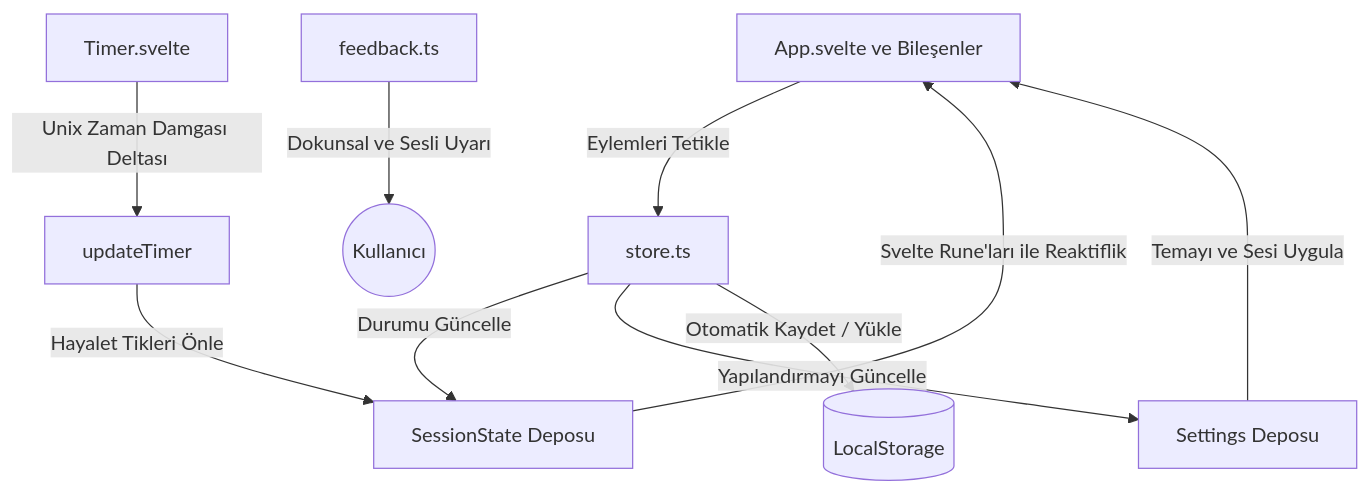
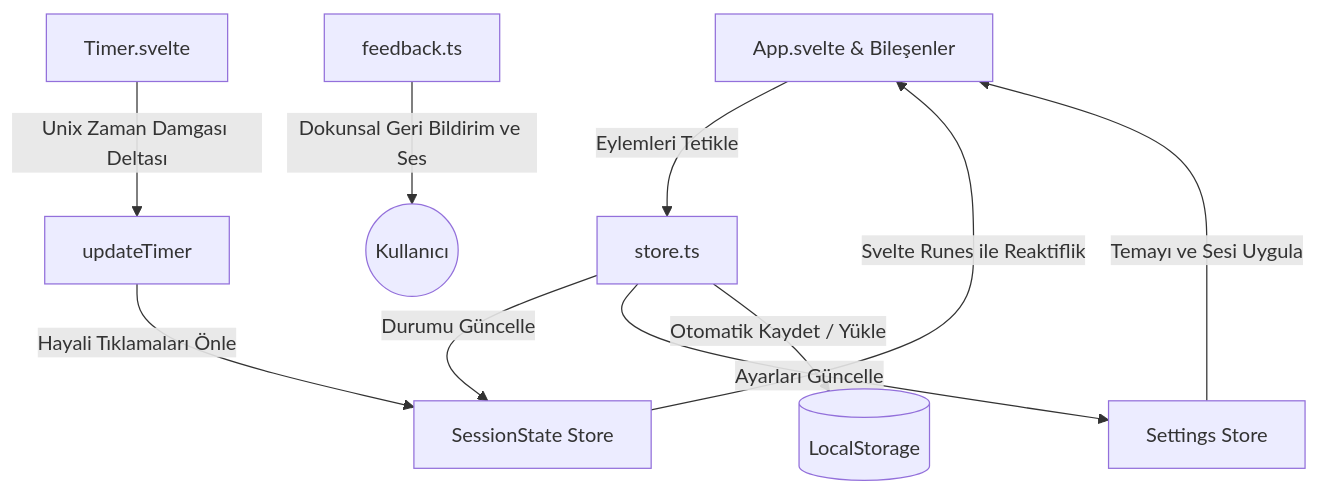
Before and after one commit to Murqin/rep-counter: the diagram in README.tr.md, drawn with Mermaid. The commit also changed other lines of this file and 1 other file, not shown here.

````diff
--- a/README.tr.md
+++ b/README.tr.md
@@ -55,16 +55,16 @@
 ```mermaid
 graph TD
-    UI[App.svelte ve Bileşenler] -->|Eylemleri Tetikle| Store[store.ts]
-    Store -->|Durumu Güncelle| Session[SessionState Deposu]
-    Store -->|Yapılandırmayı Güncelle| Settings[Settings Deposu]
+    UI[App.svelte & Bileşenler] -->|Eylemleri Tetikle| Store[store.ts]
+    Store -->|Durumu Güncelle| Session[SessionState Store]
+    Store -->|Ayarları Güncelle| Settings[Settings Store]
     
-    Session -->|Svelte Rune'ları ile Reaktiflik| UI
+    Session -->|Svelte Runes ile Reaktiflik| UI
     Settings -->|Temayı ve Sesi Uygula| UI
     
     Store -->|Otomatik Kaydet / Yükle| LS[(LocalStorage)]
     
     Timer[Timer.svelte] -->|Unix Zaman Damgası Deltası| SmartTick[updateTimer]
-    SmartTick -->|Hayalet Tikleri Önle| Session
+    SmartTick -->|Hayali Tıklamaları Önle| Session
     
-    Feedback[feedback.ts] -->|Dokunsal ve Sesli Uyarı| User((Kullanıcı))
+    Feedback[feedback.ts] -->|Dokunsal Geri Bildirim ve Ses| User((Kullanıcı))
 ```
````
